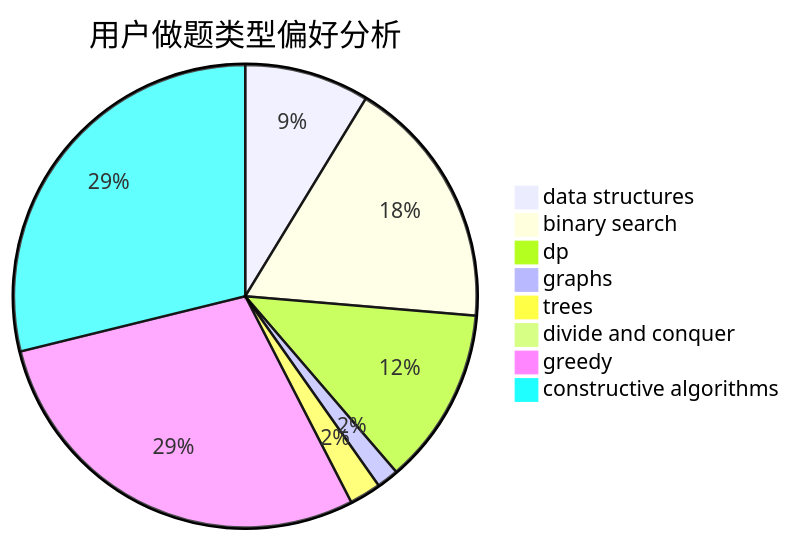
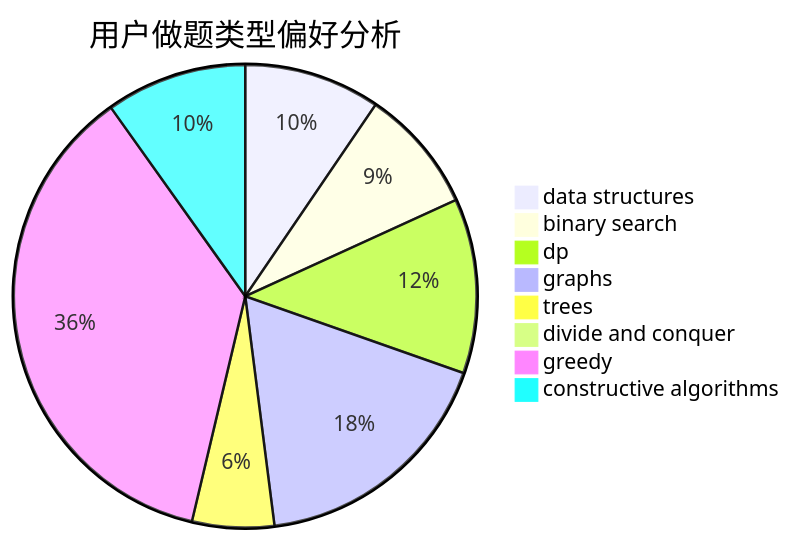
Before and after one commit to sherpahu/cfrs.github.io: the second of 3 diagrams in docs/user/u1934.md, drawn with Mermaid. The commit also changed other lines of this file and 2770 other files, not shown here.

````diff
--- a/docs/user/u1934.md
+++ b/docs/user/u1934.md
@@ -23,11 +23,11 @@
 ```mermaid
 pie title 用户做题类型偏好分析
-    "data structures" :  91
-    "binary search" :  184
-    "dp" :  129
-    "graphs" :  16
-    "trees" :  23
+    "data structures" :  113
+    "binary search" :  103
+    "dp" :  145
+    "graphs" :  209
+    "trees" :  68
     "divide and conquer" :  1
-    "greedy" :  300
-    "constructive algorithms" :  301
+    "greedy" :  433
+    "constructive algorithms" :  117
 ```
````
